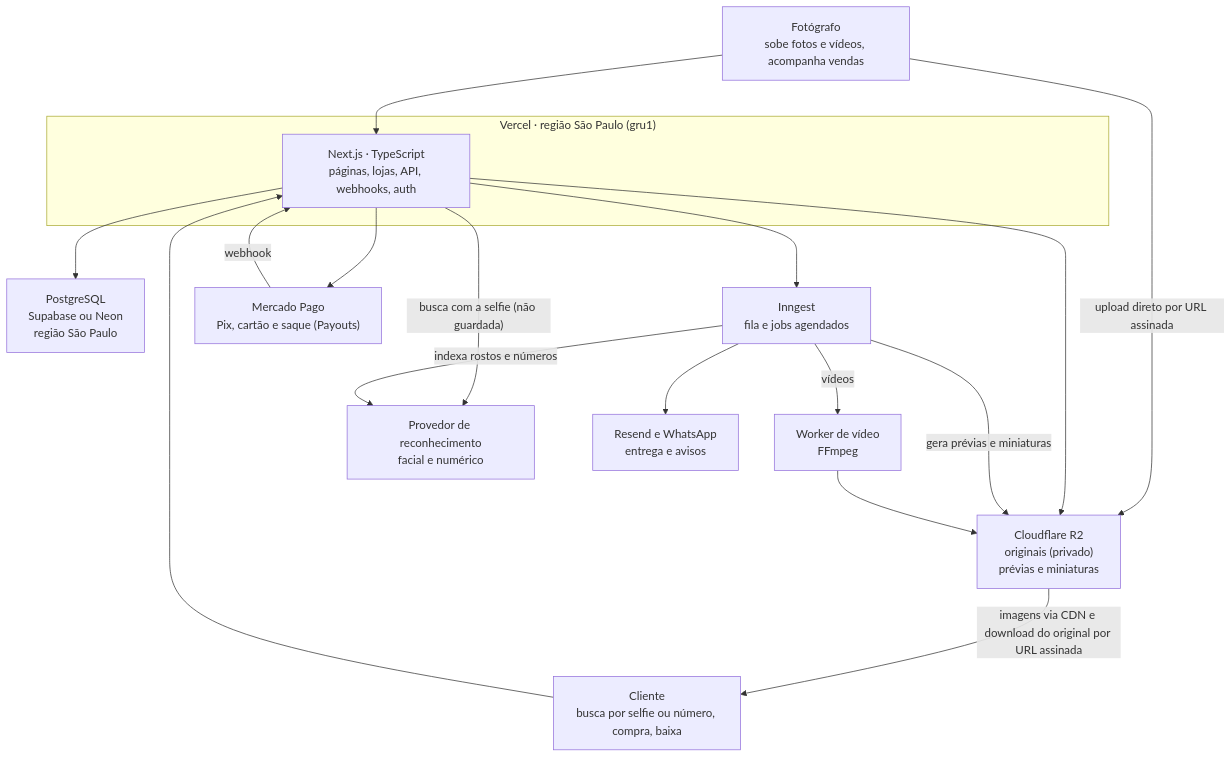
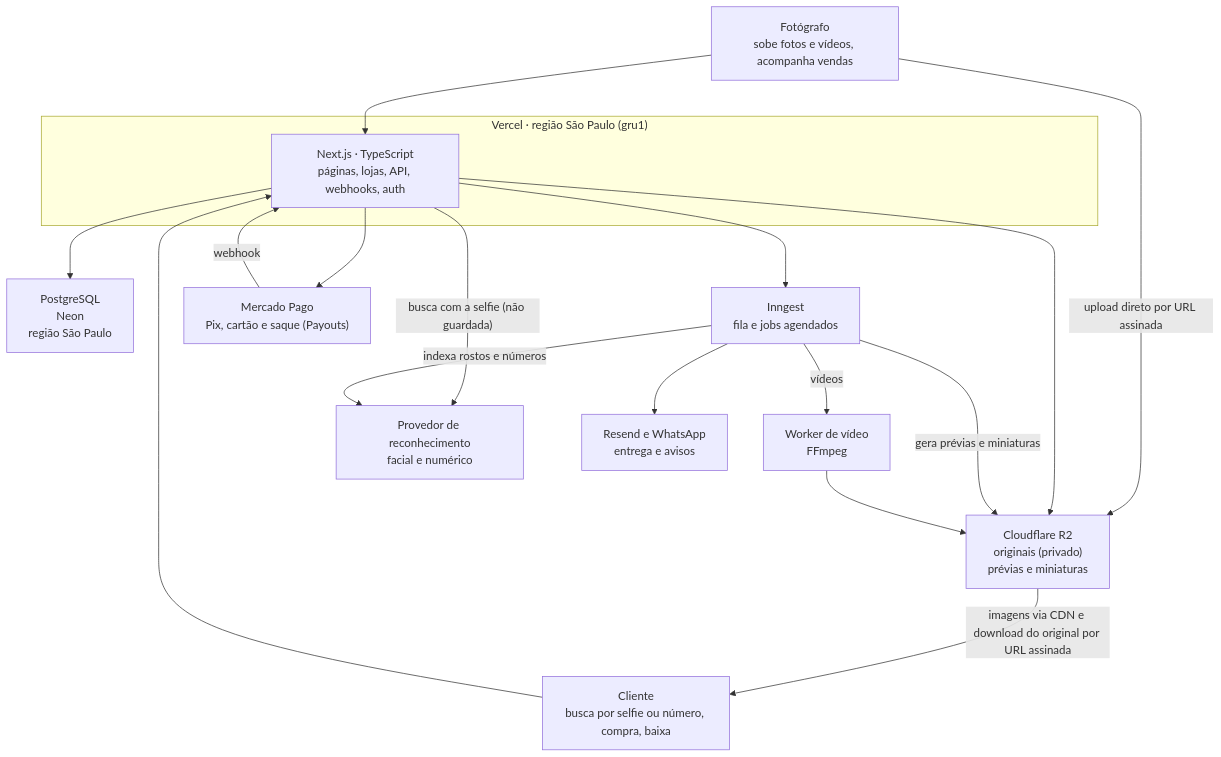
The diagram in docs/arquitetura.md (gamaral203/ClickAI), drawn with Mermaid before and after one commit. The commit also changed other lines of this file and 31 other files, not shown here.

````diff
--- a/docs/arquitetura.md
+++ b/docs/arquitetura.md
@@ -59,33 +59,33 @@
 ```mermaid
 flowchart TB
     F["Fotógrafo<br/>sobe fotos e vídeos, acompanha vendas"]
     C["Cliente<br/>busca por selfie ou número, compra, baixa"]
 
     subgraph V["Vercel · região São Paulo (gru1)"]
         N["Next.js · TypeScript<br/>páginas, lojas, API, webhooks, auth"]
     end
 
     R2["Cloudflare R2<br/>originais (privado)<br/>prévias e miniaturas"]
-    DB["PostgreSQL<br/>Supabase ou Neon<br/>região São Paulo"]
+    DB["PostgreSQL<br/>Neon<br/>região São Paulo"]
     I["Inngest<br/>fila e jobs agendados"]
     W["Worker de vídeo<br/>FFmpeg"]
     RF["Provedor de reconhecimento<br/>facial e numérico"]
     G["Mercado Pago<br/>Pix, cartão e saque (Payouts)"]
     M["Resend e WhatsApp<br/>entrega e avisos"]
 
     F --> N
     F -- "upload direto por URL assinada" --> R2
     C --> N
     N --> R2
     N --> DB
     N --> I
     N -- "busca com a selfie (não guardada)" --> RF
     N --> G
     G -- webhook --> N
     I -- "gera prévias e miniaturas" --> R2
     I -- "vídeos" --> W
     W --> R2
     I -- "indexa rostos e números" --> RF
     I --> M
     R2 -- "imagens via CDN e download do original por URL assinada" --> C
 ```
````
